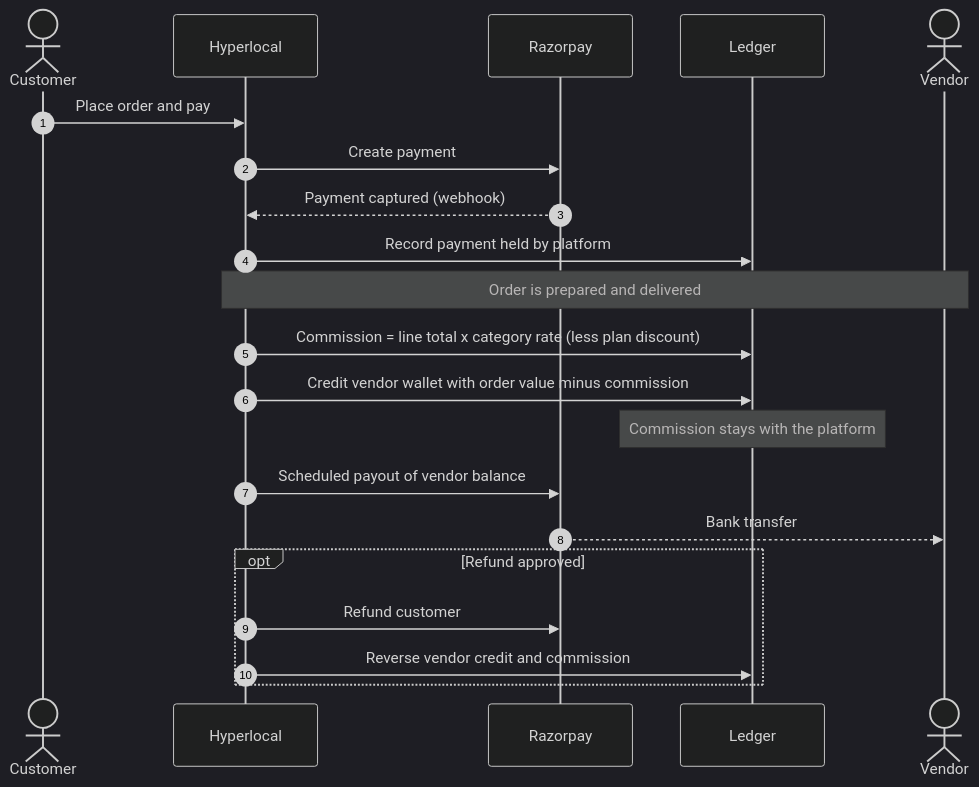
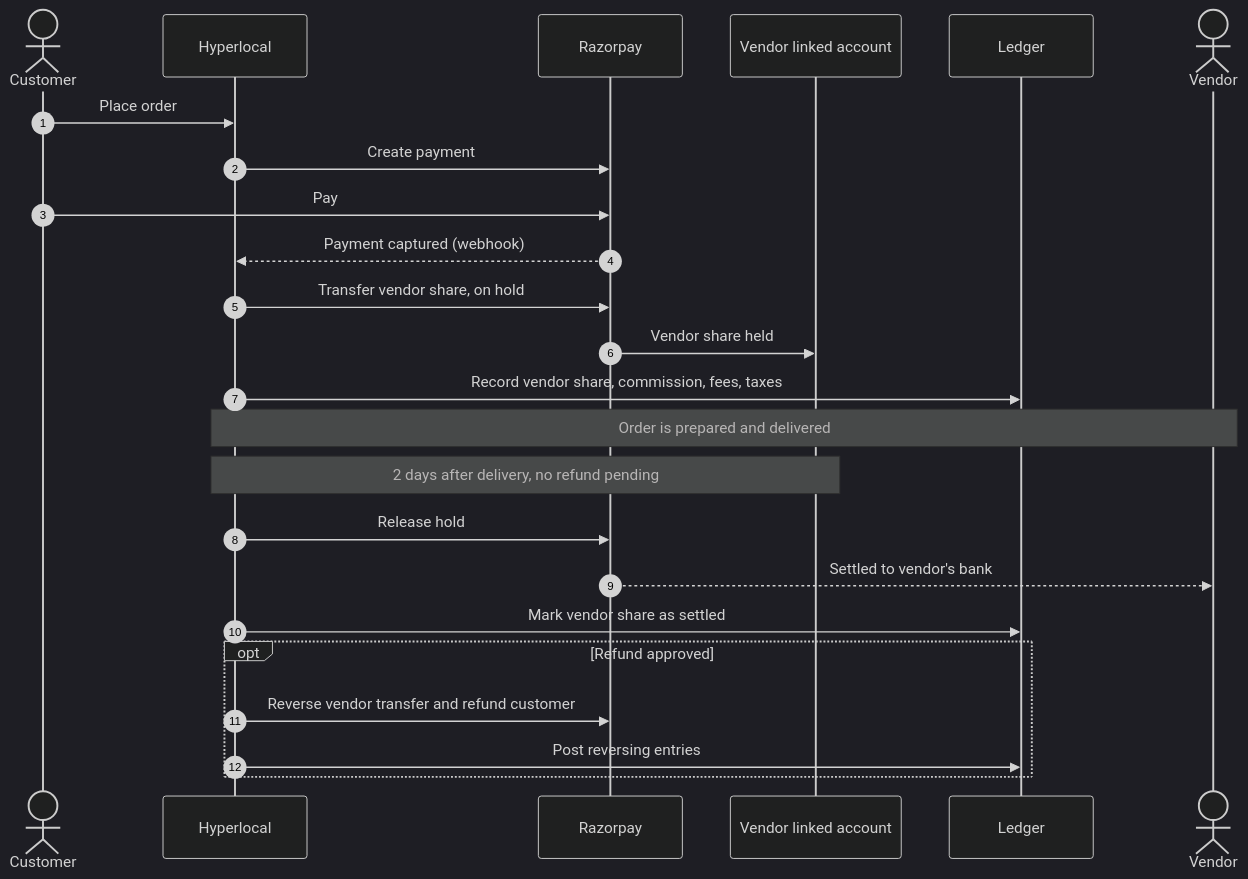
The diagram in docs/flows/system/money-flow.md (Armaan42/HyperLocal), drawn with Mermaid (dark theme) before and after one commit. The commit also changed other lines of this file and 12 other files, not shown here.

````diff
--- a/docs/flows/system/money-flow.md
+++ b/docs/flows/system/money-flow.md
@@ -5,24 +9,27 @@
 ```mermaid
 sequenceDiagram
     autonumber
     actor Customer
     participant Platform as Hyperlocal
     participant Gateway as Razorpay
+    participant Linked as Vendor linked account
     participant Ledger
     actor Vendor
 
-    Customer->>Platform: Place order and pay
+    Customer->>Platform: Place order
     Platform->>Gateway: Create payment
+    Customer->>Gateway: Pay
     Gateway-->>Platform: Payment captured (webhook)
-    Platform->>Ledger: Record payment held by platform
+    Platform->>Gateway: Transfer vendor share, on hold
+    Gateway->>Linked: Vendor share held
+    Platform->>Ledger: Record vendor share, commission, fees, taxes
     Note over Platform,Vendor: Order is prepared and delivered
-    Platform->>Ledger: Commission = line total x category rate (less plan discount)
-    Platform->>Ledger: Credit vendor wallet with order value minus commission
-    Note over Ledger: Commission stays with the platform
-    Platform->>Gateway: Scheduled payout of vendor balance
-    Gateway-->>Vendor: Bank transfer
+    Note over Platform,Linked: 2 days after delivery, no refund pending
+    Platform->>Gateway: Release hold
+    Gateway-->>Vendor: Settled to vendor's bank
+    Platform->>Ledger: Mark vendor share as settled
     opt Refund approved
-        Platform->>Gateway: Refund customer
-        Platform->>Ledger: Reverse vendor credit and commission
+        Platform->>Gateway: Reverse vendor transfer and refund customer
+        Platform->>Ledger: Post reversing entries
     end
 ```
````
